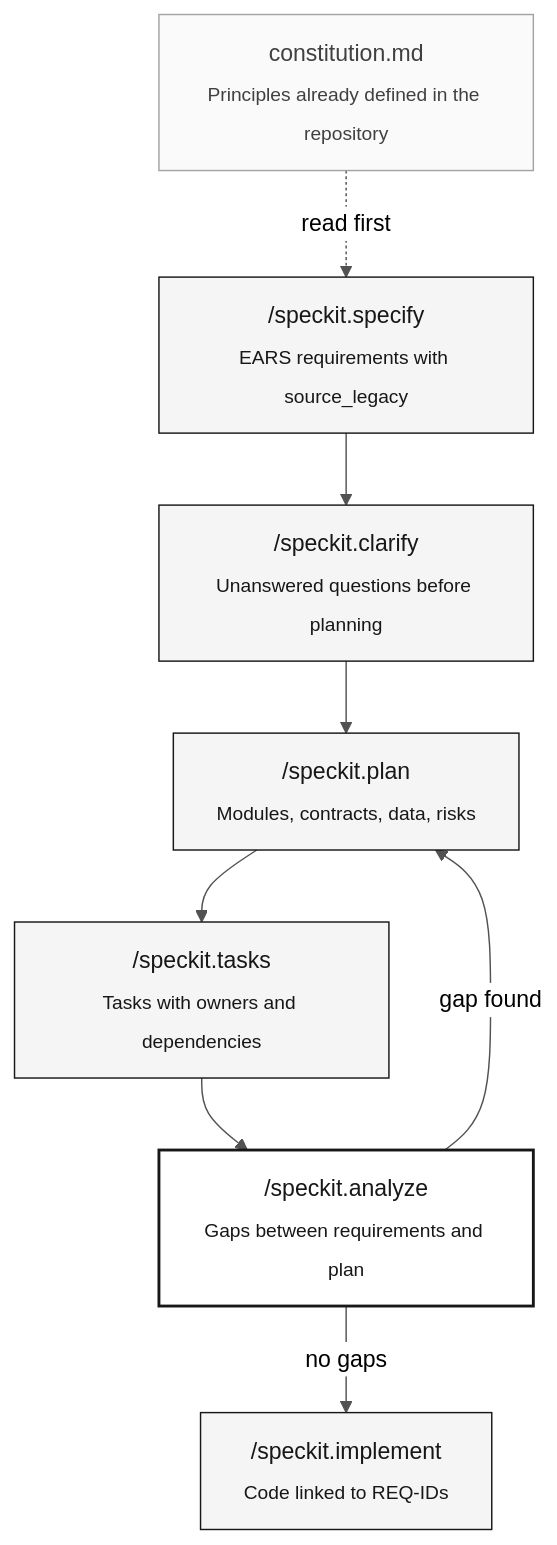
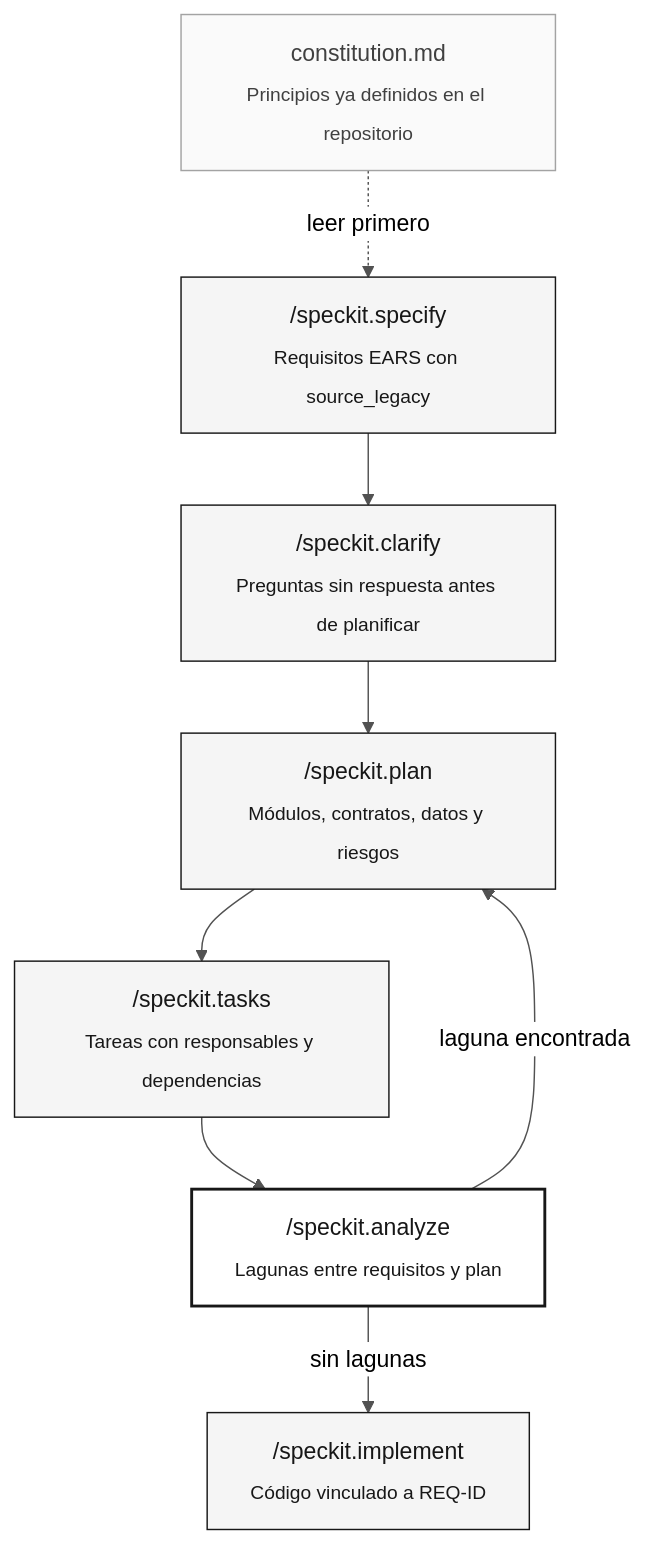
Before and after one commit to paulasilvatech/datacorp-sifap-team-kit-pt-br: the diagram in 07-concepts/01-spec-driven-development.md, drawn with Mermaid. The commit also changed other lines of this file and 386 other files, not shown here.

````diff
--- a/07-concepts/01-spec-driven-development.md
+++ b/07-concepts/01-spec-driven-development.md
@@ -43,20 +43,20 @@
 ```mermaid
 %%{init: {'theme':'neutral','themeVariables':{'fontFamily':'ui-sans-serif, system-ui, sans-serif','primaryColor':'#F5F5F5','primaryTextColor':'#171717','primaryBorderColor':'#171717','lineColor':'#525252','secondaryColor':'#FFFFFF','tertiaryColor':'#FAFAFA','background':'#FFFFFF'}}}%%
 flowchart TD
     classDef step fill:#F5F5F5,stroke:#171717,color:#171717
     classDef gate fill:#FFFFFF,stroke:#171717,color:#171717,stroke-width:2px
     classDef muted fill:#FAFAFA,stroke:#A3A3A3,color:#404040
 
-    A["/speckit.specify<br/><sub>EARS requirements with source_legacy</sub>"]:::step
-    B["/speckit.clarify<br/><sub>Unanswered questions before planning</sub>"]:::step
-    C["/speckit.plan<br/><sub>Modules, contracts, data, risks</sub>"]:::step
-    D["/speckit.tasks<br/><sub>Tasks with owners and dependencies</sub>"]:::step
-    E["/speckit.analyze<br/><sub>Gaps between requirements and plan</sub>"]:::gate
-    F["/speckit.implement<br/><sub>Code linked to REQ-IDs</sub>"]:::step
-    G["constitution.md<br/><sub>Principles already defined in the repository</sub>"]:::muted
+    A["/speckit.specify<br/><sub>Requisitos EARS con source_legacy</sub>"]:::step
+    B["/speckit.clarify<br/><sub>Preguntas sin respuesta antes de planificar</sub>"]:::step
+    C["/speckit.plan<br/><sub>Módulos, contratos, datos y riesgos</sub>"]:::step
+    D["/speckit.tasks<br/><sub>Tareas con responsables y dependencias</sub>"]:::step
+    E["/speckit.analyze<br/><sub>Lagunas entre requisitos y plan</sub>"]:::gate
+    F["/speckit.implement<br/><sub>Código vinculado a REQ-ID</sub>"]:::step
+    G["constitution.md<br/><sub>Principios ya definidos en el repositorio</sub>"]:::muted
 
-    G -. "read first" .-> A
+    G -. "leer primero" .-> A
     A --> B --> C --> D --> E
-    E -- "no gaps" --> F
-    E -- "gap found" --> C
+    E -- "sin lagunas" --> F
+    E -- "laguna encontrada" --> C
 ```
````
